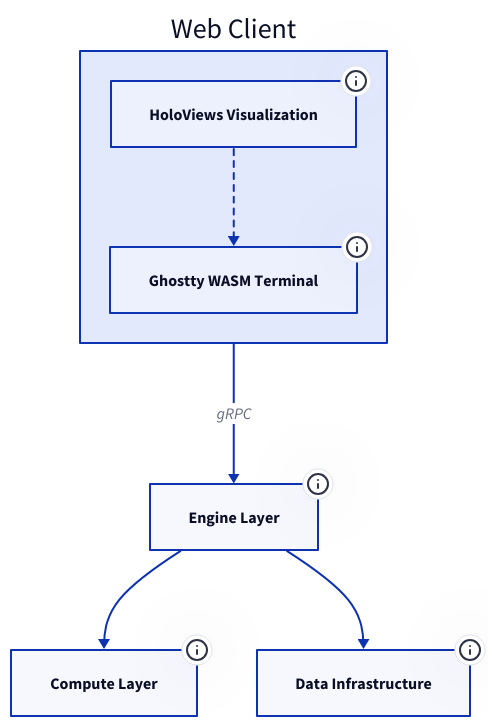
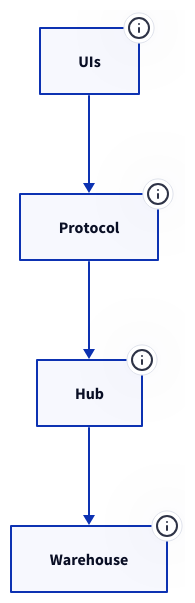
Before and after one commit to weathership/signals: the diagram in docs/current/src/architecture/overview.md, drawn with D2. The commit also changed other lines of this file and 26 other files, not shown here.

````diff
--- a/docs/current/src/architecture/overview.md
+++ b/docs/current/src/architecture/overview.md
@@ -7,29 +9,23 @@
 ```d2
 direction: down
 
-web: Web Client {
-  viz: HoloViews Visualization {
-    tooltip: "Datashader-rasterized views\nAgent-mediated data exploration"
-  }
-  term: Ghostty WASM Terminal {
-    tooltip: "User instructions → gRPC → engine"
-  }
-  viz -> term: {style.stroke-dash: 3}
+uis: UIs {
+  tooltip: "signals-ui :9889\nGaius Ægir Atelier Hermes Metabase"
 }
 
-engine: Engine Layer {
-  tooltip: "Agent engine (inspired by mistral-vibe)\nExtension registry\nSelf-improvement cycles"
+wire: Protocol {
+  tooltip: "zndx.engine.v1\nzndx.scheduler.v1"
 }
 
-compute: Compute Layer {
-  tooltip: "Dask distributed\nDatashader\nHoloViews\nAlgorithm extensions"
+hub: Hub {
+  tooltip: "engine :50551\nYuniKorn Airflow Metaflow"
 }
 
-data: Data Infrastructure {
-  tooltip: "PostgreSQL (AGE, pg_cron)\nKudu, Impala, Iceberg\nAtlas, Ranger\nAirflow, NiFi"
+store: Warehouse {
+  tooltip: "Kudu Iceberg Impala FDW\nAtlas OpenLineage Ranger"
 }
 
-web -> engine: gRPC
-engine -> compute
-engine -> data
+uis -> wire
+wire -> hub
+hub -> store
 ```
````
